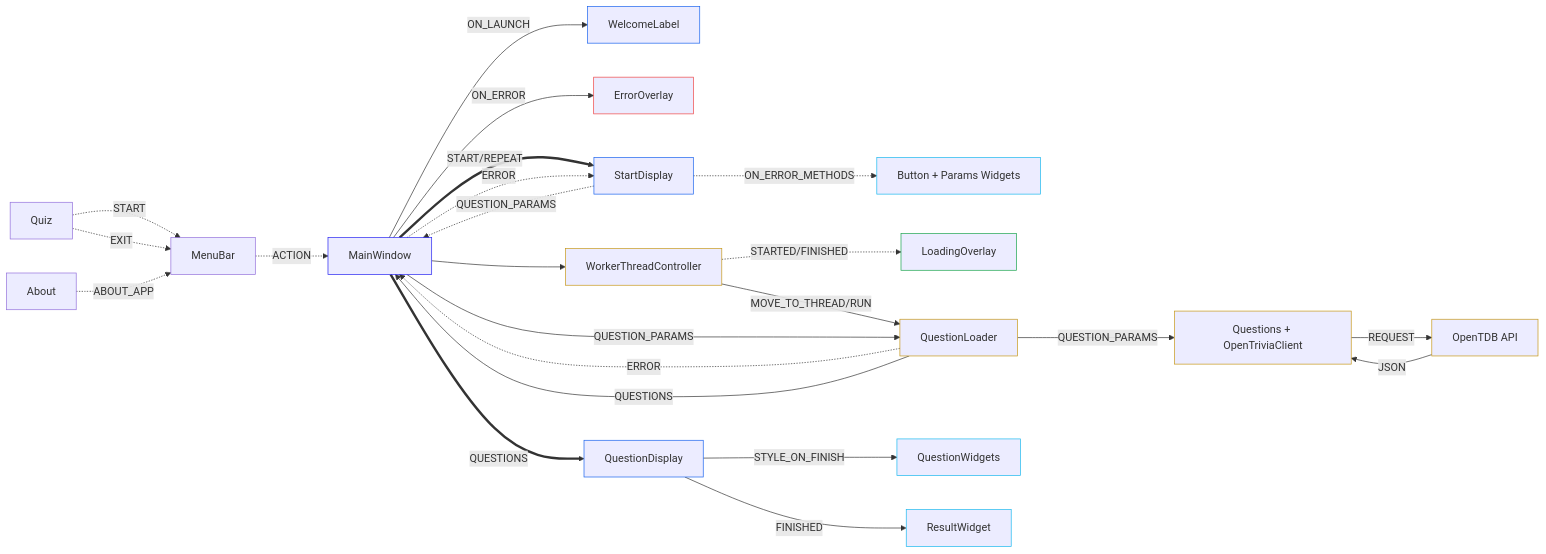
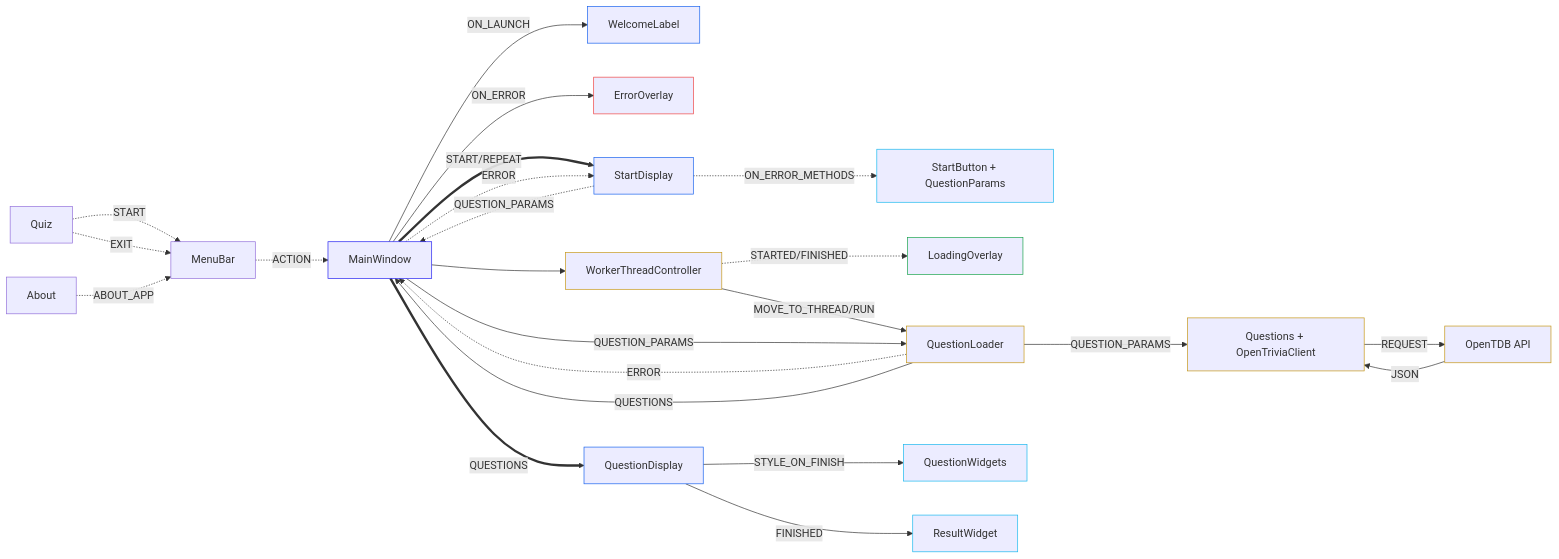
Before and after one commit to Glover012/quiz-app: the diagram in docs/application-data-flow.md, drawn with Mermaid. The commit also changed other lines of this file and 2 other files, not shown here.

Commit message:
docs: update project documentation

````diff
--- a/docs/application-data-flow.md
+++ b/docs/application-data-flow.md
@@ -13,68 +15,68 @@
 ```mermaid
 flowchart LR
     MainWindow["MainWindow"]
     MenuBar["MenuBar"]
     Quiz["Quiz"]
     About["About"]
     WelcomeLabel["WelcomeLabel"]
     ErrorOverlay["ErrorOverlay"]
     StartDisplay["StartDisplay"]
-    StartDisplayWidgets["Button + Params Widgets"]
+    StartDisplayWidgets["StartButton + QuestionParams"]
     WorkerThreadController["WorkerThreadController"]
     LoadingOverlay["LoadingOverlay"]
     QuestionLoader["QuestionLoader"]
     Data["Questions + OpenTriviaClient"]
     API["OpenTDB API"]
     QuestionDisplay["QuestionDisplay"]
     QuestionWidgets["QuestionWidgets"]
     Result["ResultWidget"]
 
     %%MainWindow --> MenuBar
     MenuBar -.-> |"ACTION"| MainWindow
 
     Quiz -.->|"START"| MenuBar
     Quiz -.-> |"EXIT"| MenuBar
     About -.->|"ABOUT_APP"| MenuBar
 
     MainWindow -->|"ON_ERROR"| ErrorOverlay
 
     MainWindow -->|"ON_LAUNCH"| WelcomeLabel
 
     MainWindow ==> |"START/REPEAT"| StartDisplay
     MainWindow -.-> |"ERROR"| StartDisplay
     StartDisplay -.->|"QUESTION_PARAMS"| MainWindow
     StartDisplay -.->|"ON_ERROR_METHODS"| StartDisplayWidgets
 
     MainWindow --> WorkerThreadController
     WorkerThreadController -.-> |"STARTED/FINISHED"| LoadingOverlay
     WorkerThreadController --> |"MOVE_TO_THREAD/RUN"| QuestionLoader
 
     MainWindow -->|"QUESTION_PARAMS"| QuestionLoader
     QuestionLoader -.-> |"ERROR"| MainWindow
     QuestionLoader --> |"QUESTIONS"| MainWindow
     QuestionLoader --> |"QUESTION_PARAMS"| Data
     Data --> |"REQUEST"| API
     API -->|"JSON"| Data
 
     MainWindow ==> |"QUESTIONS"| QuestionDisplay
     QuestionDisplay -->|"STYLE_ON_FINISH"| QuestionWidgets
     QuestionDisplay -->|"FINISHED"| Result
     
     style MainWindow stroke: #231ff0
 
     style ErrorOverlay stroke: #ef4444
     style LoadingOverlay stroke: #16a34a
 
     style StartDisplay stroke: #1762ee
     style QuestionDisplay stroke: #1762ee
     style WelcomeLabel stroke: #1762ee
 
     style StartDisplayWidgets stroke: #17b8ee
     style QuestionWidgets stroke: #17b8ee
     style Result stroke: #17b8ee
 
     style WorkerThreadController stroke: #c69716
     style QuestionLoader stroke: #c69716
     style Data stroke: #c69716
     style API stroke: #c69716
 ```
````
